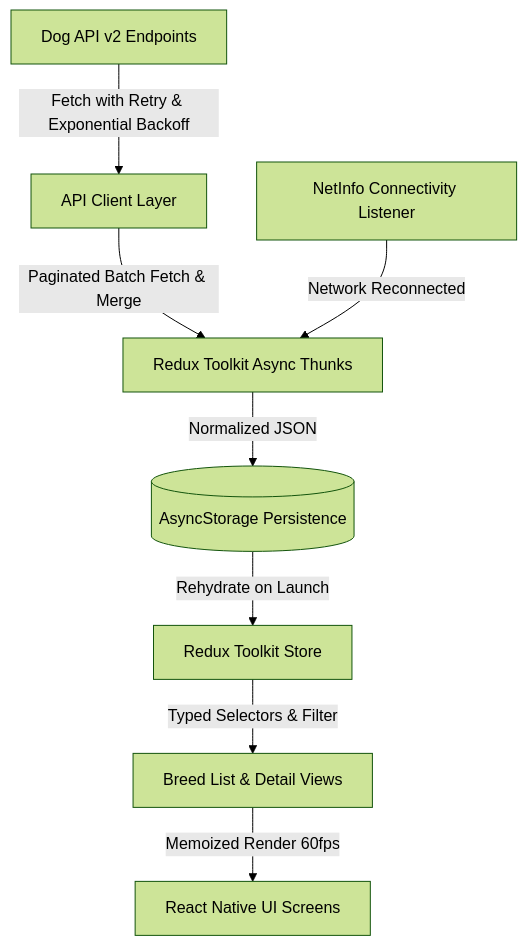
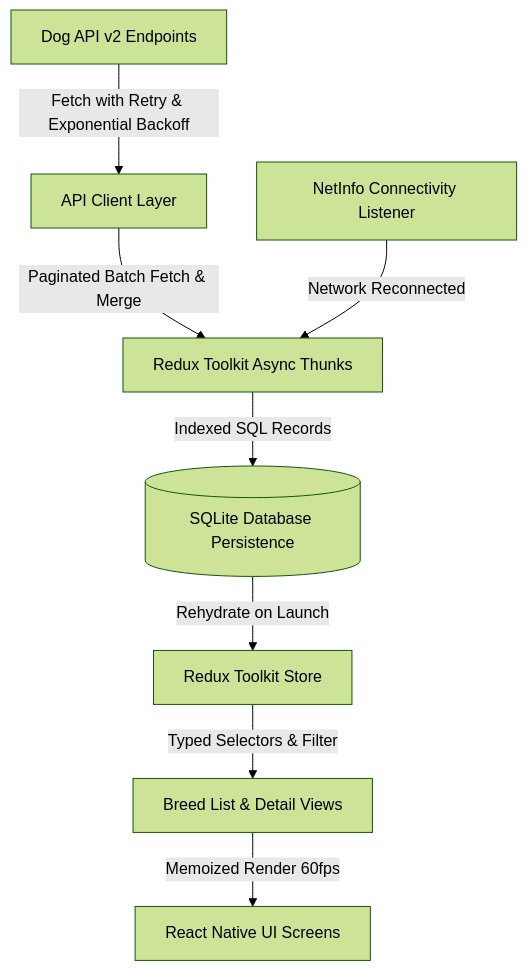
The diagram in docs/ARCHITECTURE.md (Almaaz07/DogBreeds), drawn with Mermaid (forest theme) before and after one commit. The commit also changed other lines of this file and 11 other files, not shown here.

````diff
--- a/docs/ARCHITECTURE.md
+++ b/docs/ARCHITECTURE.md
@@ -8,10 +8,10 @@
 ```mermaid
 flowchart TD
     API[Dog API v2 Endpoints] -->|Fetch with Retry & Exponential Backoff| APILayer[API Client Layer]
     APILayer -->|Paginated Batch Fetch & Merge| ReduxThunk[Redux Toolkit Async Thunks]
-    ReduxThunk -->|Normalized JSON| LocalStorage[(AsyncStorage Persistence)]
+    ReduxThunk -->|Indexed SQL Records| LocalStorage[(SQLite Database Persistence)]
     LocalStorage -->|Rehydrate on Launch| ReduxStore[Redux Toolkit Store]
     NetInfo[NetInfo Connectivity Listener] -->|Network Reconnected| ReduxThunk
     ReduxStore -->|Typed Selectors & Filter| VM[Breed List & Detail Views]
     VM -->|Memoized Render 60fps| UI[React Native UI Screens]
 ```
````
